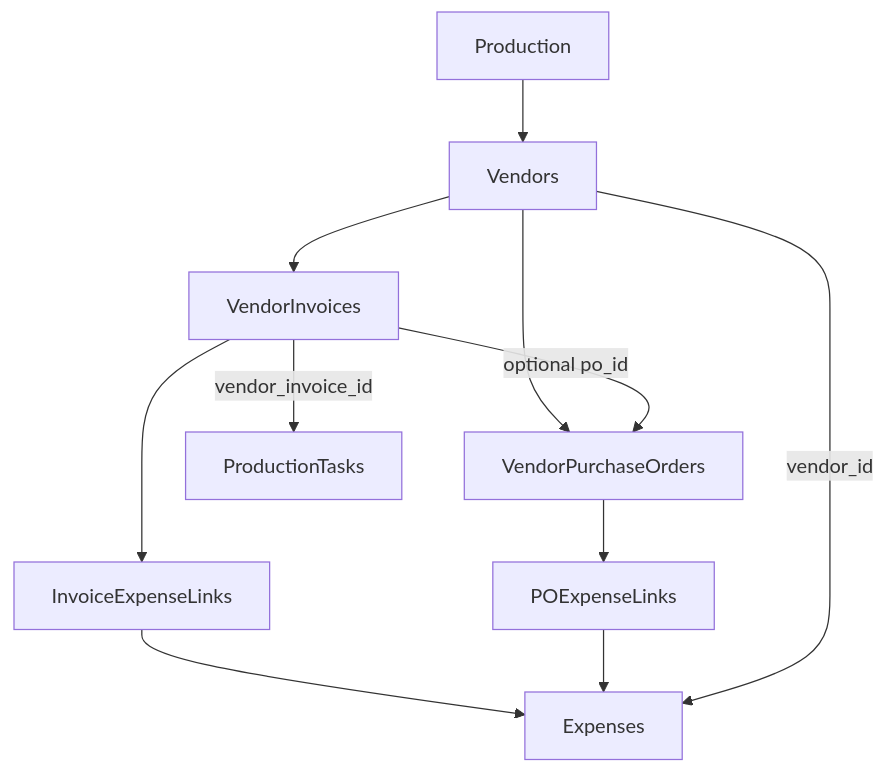
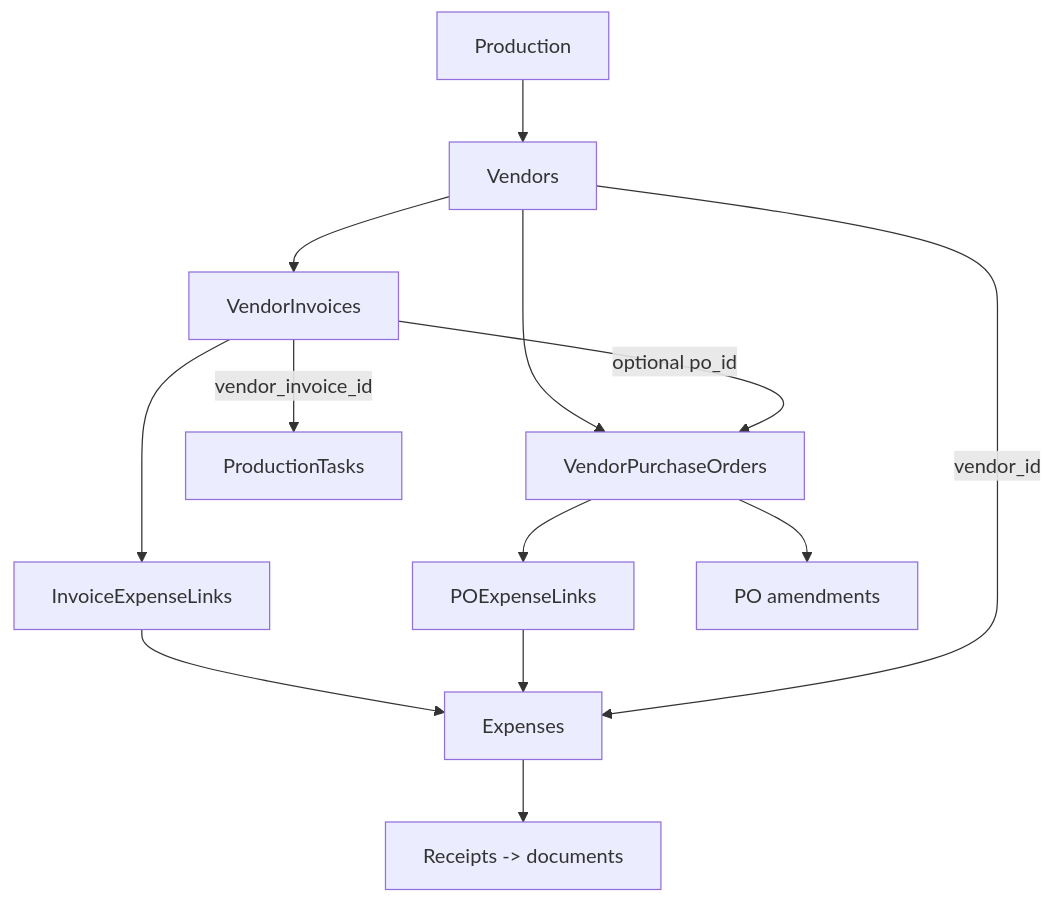
Before and after one commit to mysterygift/albatross: the diagram in docs/vendors.md, drawn with Mermaid. The commit also changed other lines of this file and 132 other files, not shown here.

````diff
--- a/docs/vendors.md
+++ b/docs/vendors.md
@@ -226,22 +292,24 @@
 ```mermaid
 flowchart TB
   Production[Production]
   Vendors[Vendors]
   VendorInvoices[VendorInvoices]
   VendorPOs[VendorPurchaseOrders]
   InvoiceExpenseLinks[InvoiceExpenseLinks]
   POExpenseLinks[POExpenseLinks]
   Expenses[Expenses]
   Tasks[ProductionTasks]
 
   Production --> Vendors
   Vendors --> VendorInvoices
   Vendors --> VendorPOs
   VendorInvoices -->|optional po_id| VendorPOs
   VendorInvoices --> InvoiceExpenseLinks
   VendorPOs --> POExpenseLinks
   InvoiceExpenseLinks --> Expenses
   POExpenseLinks --> Expenses
   Vendors -->|vendor_id| Expenses
+  VendorPOs --> POAmendments[PO amendments]
+  Expenses --> Receipts[Receipts -> documents]
   VendorInvoices -->|vendor_invoice_id| Tasks
 ```
````
